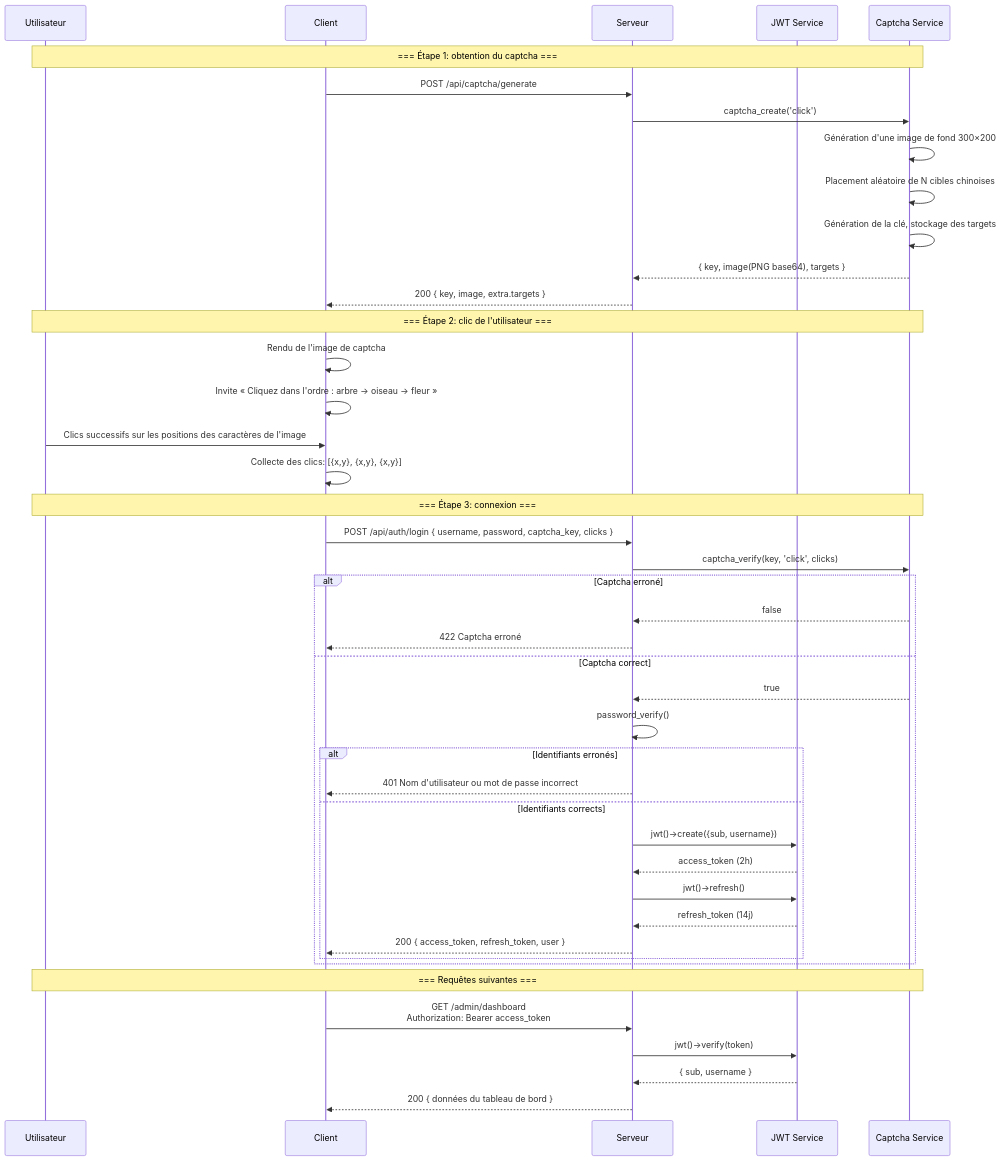
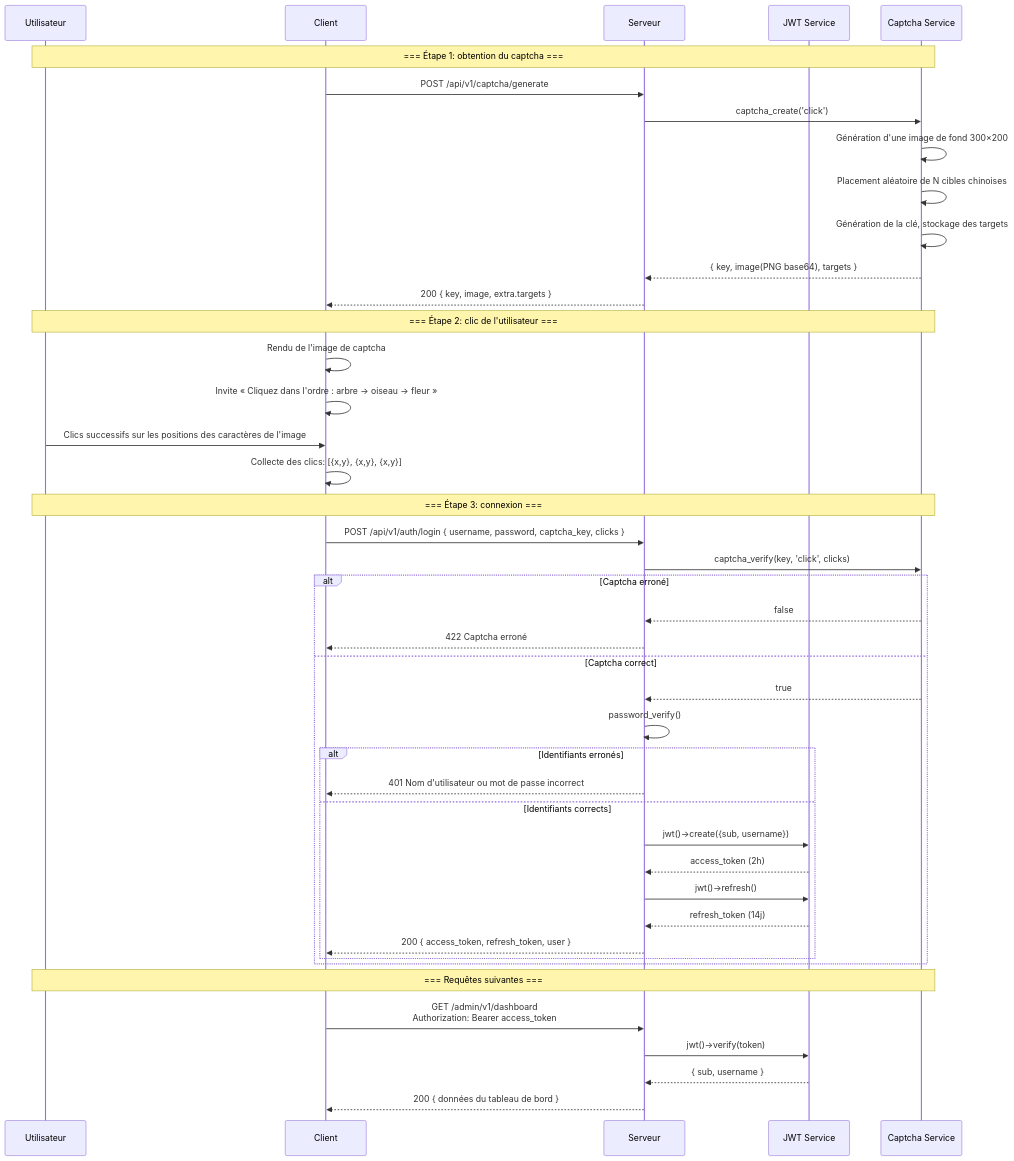
One commit to erikwang2013/game-platform-php changed the fourth of 14 diagrams in admin/docs/ARCHITECTURE.fr.md. Above: the diagram before and after it, drawn with Mermaid. The commit also changed other lines of this file and 93 other files, not shown here.

````diff
--- a/admin/docs/ARCHITECTURE.fr.md
+++ b/admin/docs/ARCHITECTURE.fr.md
@@ -242,49 +229,49 @@
 ```mermaid
 sequenceDiagram
     participant U as Utilisateur
     participant CL as Client
     participant SV as Serveur
     participant JWT as JWT Service
     participant CAP as Captcha Service
 
     Note over U,CAP: === Étape 1: obtention du captcha ===
-    CL->>SV: POST /api/captcha/generate
+    CL->>SV: POST /api/v1/captcha/generate
     SV->>CAP: captcha_create('click')
     CAP->>CAP: Génération d'une image de fond 300×200
     CAP->>CAP: Placement aléatoire de N cibles chinoises
     CAP->>CAP: Génération de la clé, stockage des targets
     CAP-->>SV: { key, image(PNG base64), targets }
     SV-->>CL: 200 { key, image, extra.targets }
 
     Note over U,CAP: === Étape 2: clic de l'utilisateur ===
     CL->>CL: Rendu de l'image de captcha
     CL->>CL: Invite « Cliquez dans l'ordre : arbre → oiseau → fleur »
     U->>CL: Clics successifs sur les positions des caractères de l'image
     CL->>CL: Collecte des clics: [{x,y}, {x,y}, {x,y}]
 
     Note over U,CAP: === Étape 3: connexion ===
-    CL->>SV: POST /api/auth/login { username, password, captcha_key, clicks }
+    CL->>SV: POST /api/v1/auth/login { username, password, captcha_key, clicks }
     SV->>CAP: captcha_verify(key, 'click', clicks)
     alt Captcha erroné
         CAP-->>SV: false
         SV-->>CL: 422 Captcha erroné
     else Captcha correct
         CAP-->>SV: true
         SV->>SV: password_verify()
         alt Identifiants erronés
             SV-->>CL: 401 Nom d'utilisateur ou mot de passe incorrect
         else Identifiants corrects
             SV->>JWT: jwt()->create({sub, username})
             JWT-->>SV: access_token (2h)
             SV->>JWT: jwt()->refresh()
             JWT-->>SV: refresh_token (14j)
             SV-->>CL: 200 { access_token, refresh_token, user }
         end
     end
 
     Note over U,CAP: === Requêtes suivantes ===
-    CL->>SV: GET /admin/dashboard<br/>Authorization: Bearer access_token
+    CL->>SV: GET /admin/v1/dashboard<br/>Authorization: Bearer access_token
     SV->>JWT: jwt()->verify(token)
     JWT-->>SV: { sub, username }
     SV-->>CL: 200 { données du tableau de bord }
 ```
````
